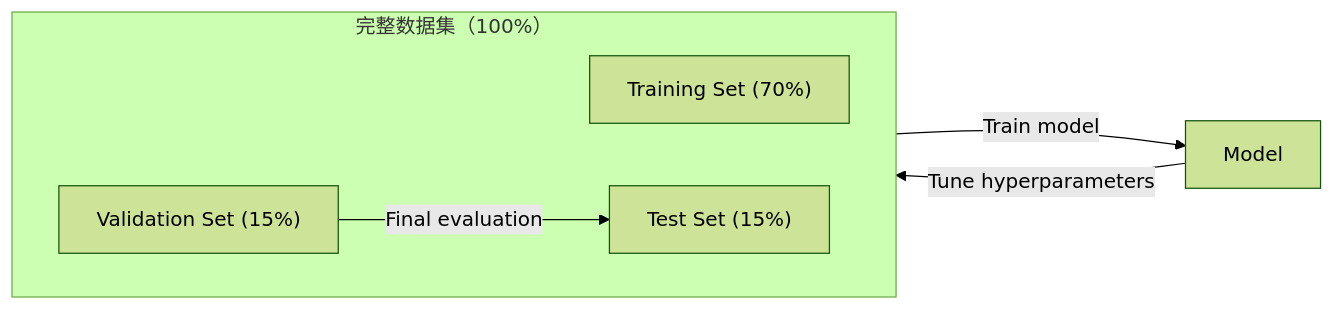
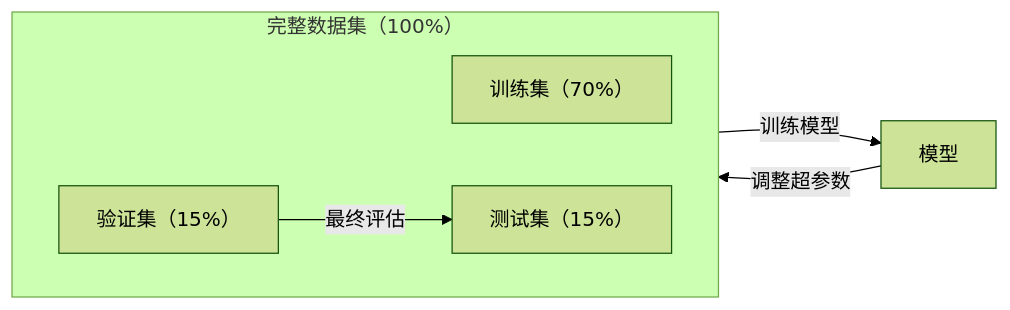
One commit to omigaZen/ai-engineering-from-scratch changed the fourth of 6 diagrams in phases/02-ml-fundamentals/01-what-is-machine-learning/docs/zh.md. Above: the diagram before and after it, drawn with Mermaid (forest theme).

Commit message:
feat(phase-02/01): refine zh machine learning wording

````diff
--- a/phases/02-ml-fundamentals/01-what-is-machine-learning/docs/zh.md
+++ b/phases/02-ml-fundamentals/01-what-is-machine-learning/docs/zh.md
@@ -157,13 +157,13 @@
 ```mermaid
 flowchart LR
     subgraph Dataset["完整数据集（100%）"]
         direction LR
-        TR["Training Set (70%)"]
-        VA["Validation Set (15%)"]
-        TE["Test Set (15%)"]
+        TR["训练集（70%）"]
+        VA["验证集（15%）"]
+        TE["测试集（15%）"]
     end
 
-    TR -->|Train model| M[Model]
-    M -->|Tune hyperparameters| VA
-    VA -->|Final evaluation| TE
+    TR -->|训练模型| M[模型]
+    M -->|调整超参数| VA
+    VA -->|最终评估| TE
 ```
````
